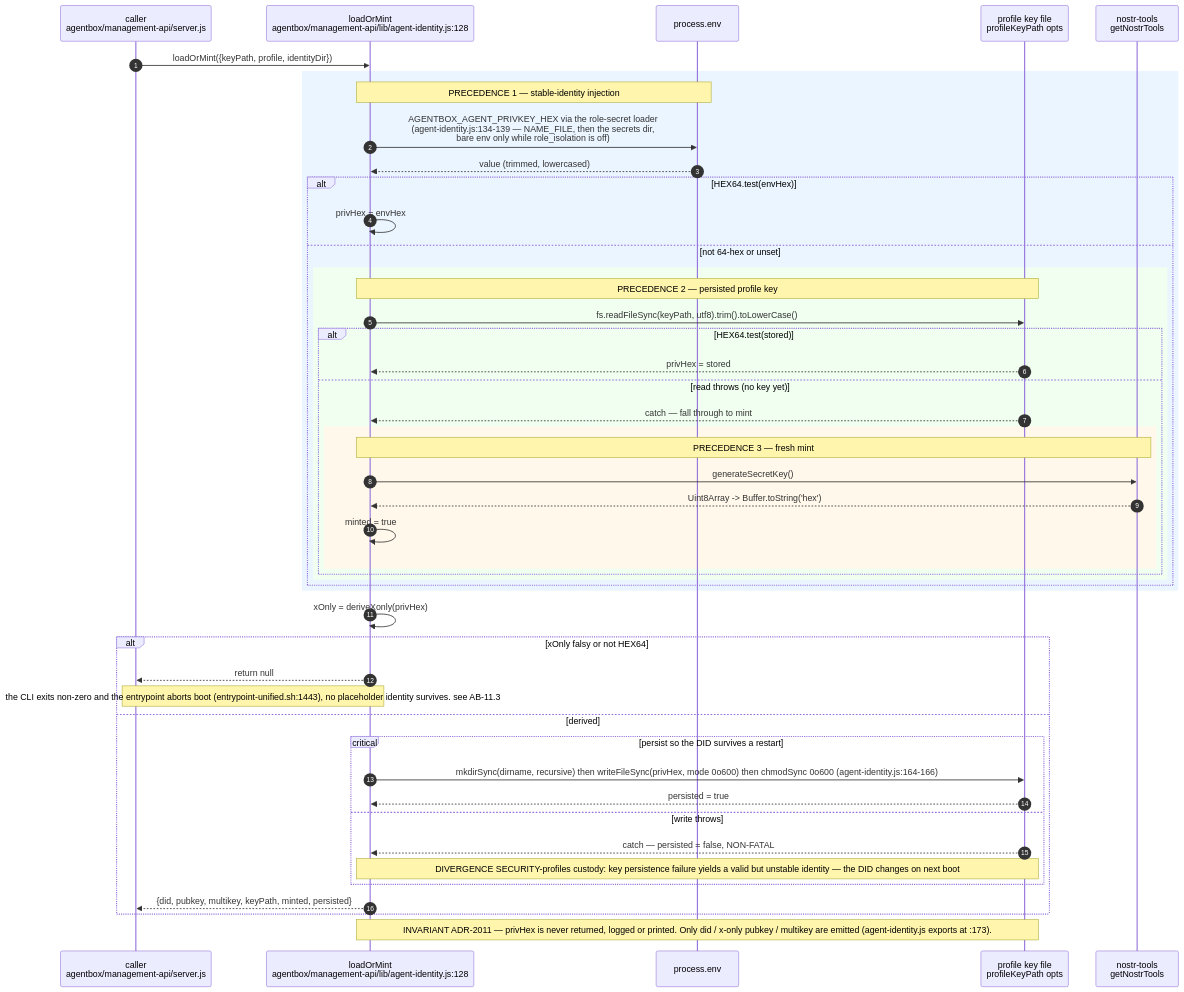
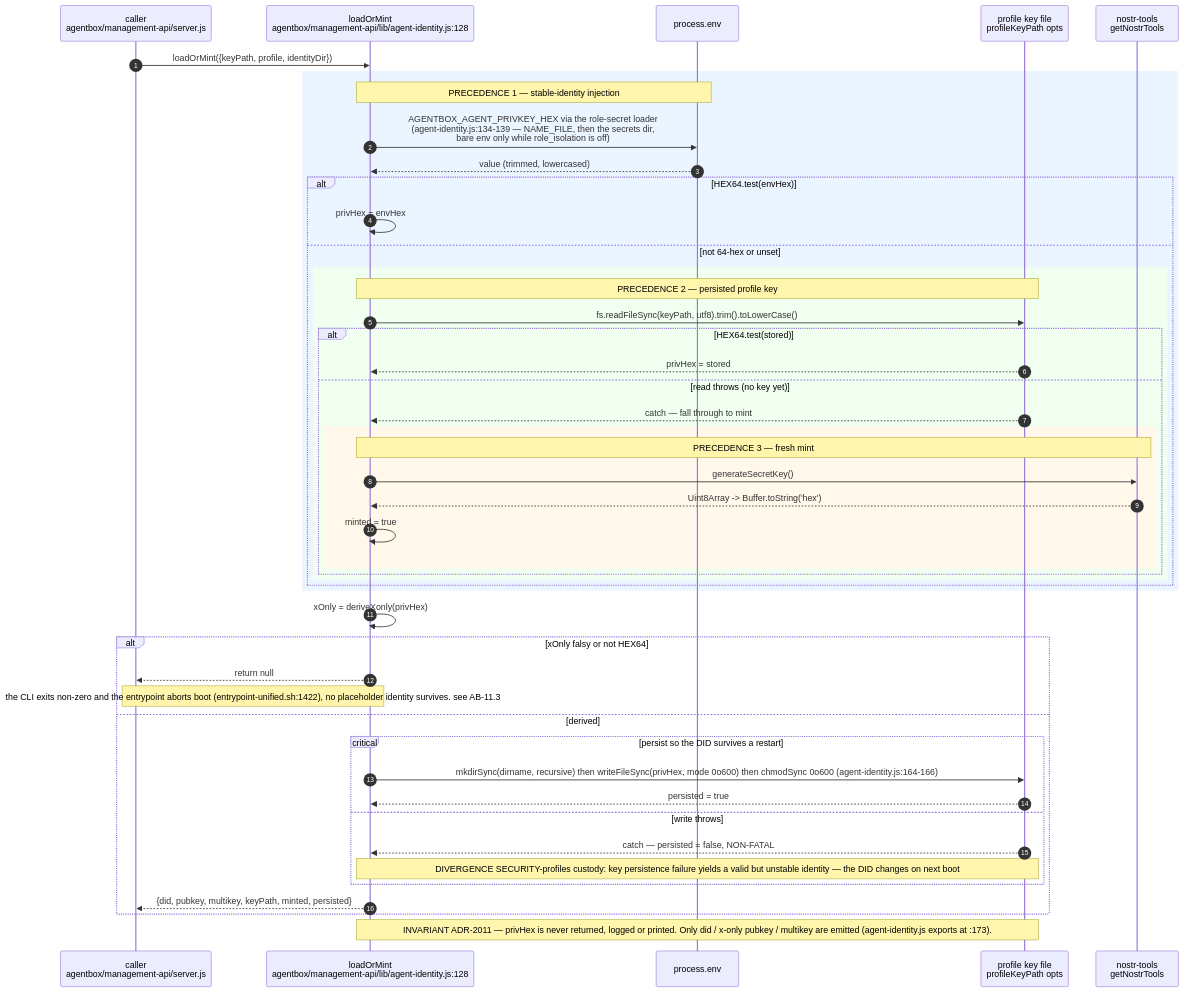
Before and after one commit to DreamLab-AI/VisionFlow: the second of 16 diagrams in docs/diagrams/agentbox/11-identity-did-mandate-authority.md, drawn with Mermaid. The commit also changed other lines of this file and 145 other files, not shown here.

````diff
--- a/docs/diagrams/agentbox/11-identity-did-mandate-authority.md
+++ b/docs/diagrams/agentbox/11-identity-did-mandate-authority.md
@@ -99,50 +99,50 @@
 ```mermaid
 sequenceDiagram
     autonumber
     participant CALLER as caller<br/>agentbox/management-api/server.js
     participant AI as loadOrMint<br/>agentbox/management-api/lib/agent-identity.js:128
     participant ENV as process.env
     participant FS as profile key file<br/>profileKeyPath opts
     participant NT as nostr-tools<br/>getNostrTools
 
     CALLER->>AI: loadOrMint({keyPath, profile, identityDir})
     rect rgb(235,245,255)
     Note over AI,ENV: PRECEDENCE 1 — stable-identity injection
     AI->>ENV: AGENTBOX_AGENT_PRIVKEY_HEX via the role-secret loader<br/>(agent-identity.js:134-139 — NAME_FILE, then the secrets dir,<br/>bare env only while role_isolation is off)
     ENV-->>AI: value (trimmed, lowercased)
     alt HEX64.test(envHex)
         AI->>AI: privHex = envHex
     else not 64-hex or unset
         rect rgb(240,255,240)
         Note over AI,FS: PRECEDENCE 2 — persisted profile key
         AI->>FS: fs.readFileSync(keyPath, utf8).trim().toLowerCase()
         alt HEX64.test(stored)
             FS-->>AI: privHex = stored
         else read throws (no key yet)
             FS-->>AI: catch — fall through to mint
             rect rgb(255,248,235)
             Note over AI,NT: PRECEDENCE 3 — fresh mint
             AI->>NT: generateSecretKey()
             NT-->>AI: Uint8Array -> Buffer.toString('hex')
             AI->>AI: minted = true
             end
         end
         end
     end
     end
     AI->>AI: xOnly = deriveXonly(privHex)
     alt xOnly falsy or not HEX64
         AI-->>CALLER: return null
-        Note over AI,CALLER: the CLI exits non-zero and the entrypoint aborts boot (entrypoint-unified.sh:1443), no placeholder identity survives. see AB-11.3
+        Note over AI,CALLER: the CLI exits non-zero and the entrypoint aborts boot (entrypoint-unified.sh:1422), no placeholder identity survives. see AB-11.3
     else derived
         critical persist so the DID survives a restart
             AI->>FS: mkdirSync(dirname, recursive) then writeFileSync(privHex, mode 0o600) then chmodSync 0o600 (agent-identity.js:164-166)
             FS-->>AI: persisted = true
         option write throws
             FS-->>AI: catch — persisted = false, NON-FATAL
             Note over AI,FS: DIVERGENCE SECURITY-profiles custody: key persistence failure yields a valid but unstable identity — the DID changes on next boot
         end
         AI-->>CALLER: {did, pubkey, multikey, keyPath, minted, persisted}
     end
     Note over AI,FS: INVARIANT ADR-2011 — privHex is never returned, logged or printed. Only did / x-only pubkey / multikey are emitted (agent-identity.js exports at :173).
 ```
````
